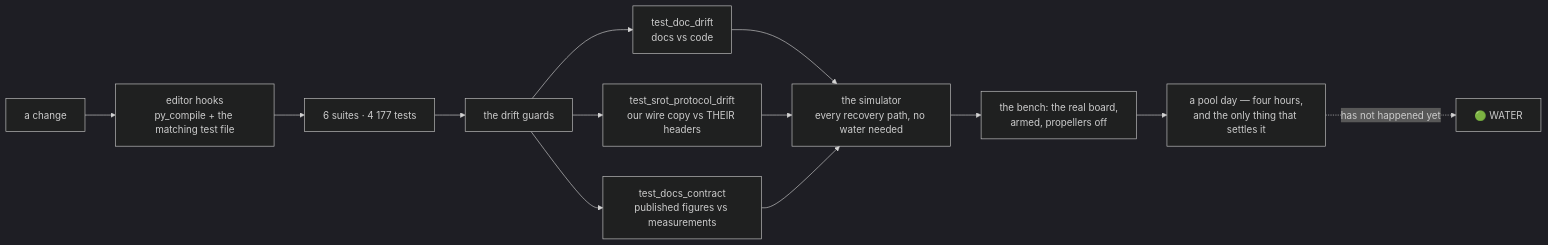
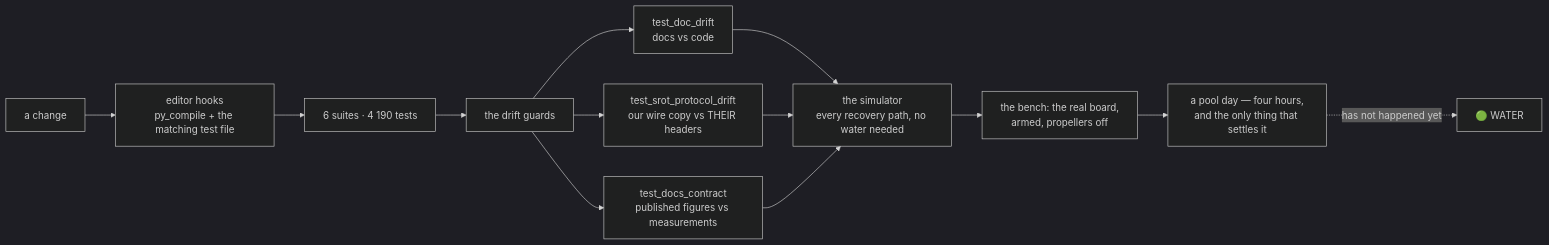
Before and after one commit to fh1m/mongla_ws: the ninth of 10 diagrams in README.md, drawn with Mermaid (dark theme). The commit also changed other lines of this file and 8 other files, not shown here.

````diff
--- a/README.md
+++ b/README.md
@@ -752,15 +752,15 @@
 ```mermaid
 flowchart LR
     DEV["a change"] --> HOOK["editor hooks<br/>py_compile + the matching test file"]
-    HOOK --> UNIT["6 suites · 4 177 tests"]
+    HOOK --> UNIT["6 suites · 4 190 tests"]
     UNIT --> GUARD["the drift guards"]
     GUARD --> G1["test_doc_drift<br/>docs vs code"]
     GUARD --> G2["test_srot_protocol_drift<br/>our wire copy vs THEIR headers"]
     GUARD --> G3["test_docs_contract<br/>published figures vs measurements"]
     G1 --> SIM["the simulator<br/>every recovery path, no water needed"]
     G2 --> SIM
     G3 --> SIM
     SIM --> BENCH["the bench: the real board,<br/>armed, propellers off"]
     BENCH --> POOL["a pool day — four hours,<br/>and the only thing that settles it"]
     POOL -.->|"has not happened yet"| WATER["🟢 WATER"]
 ```
````
